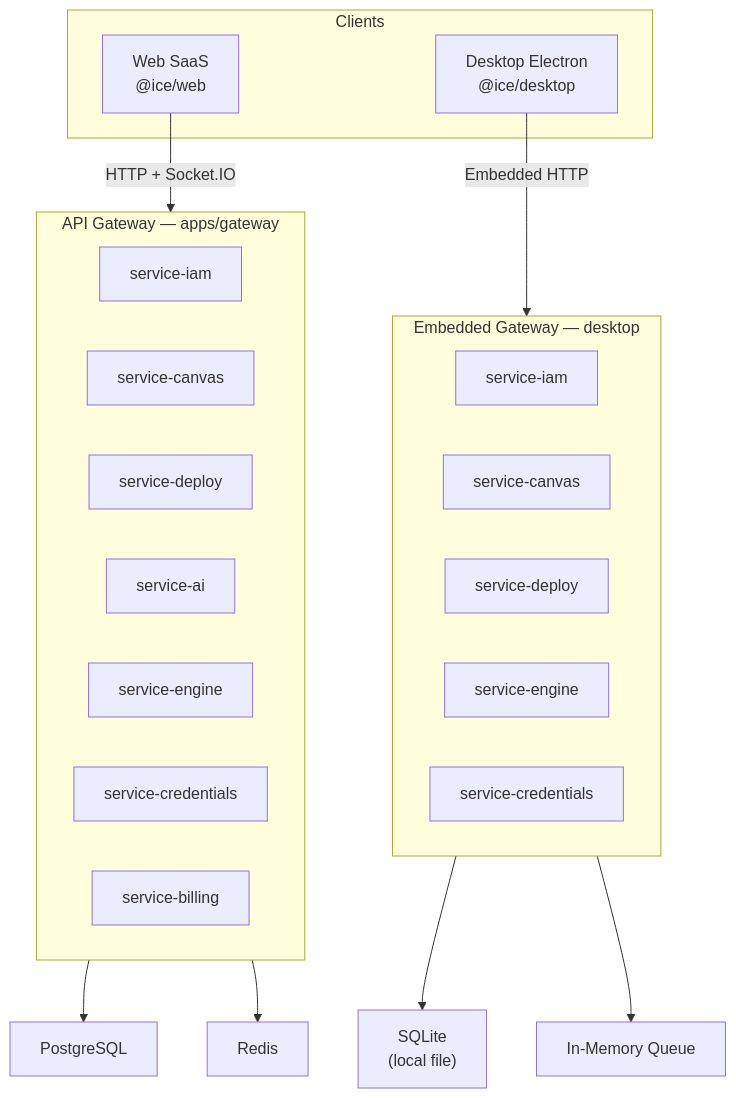
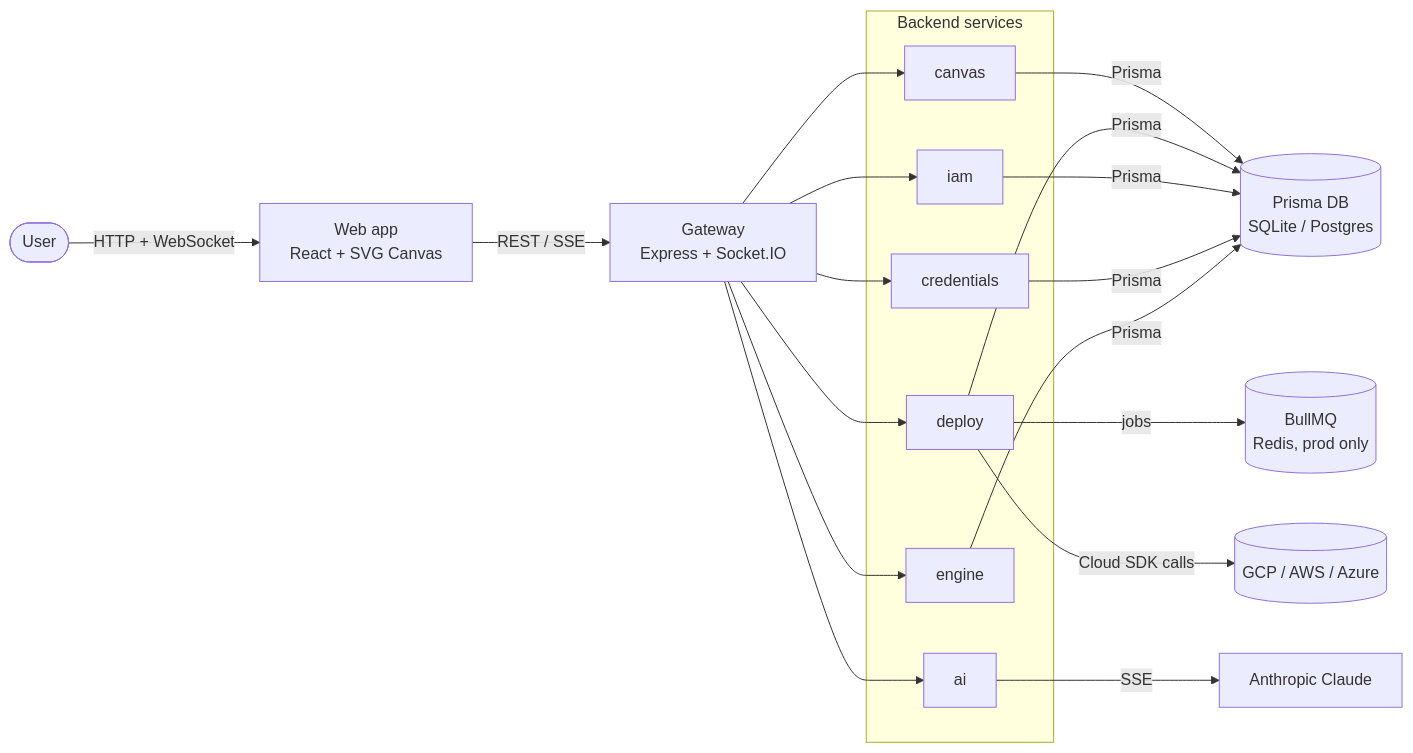
Before and after one commit to light-cloud-com/ice: the first of 3 diagrams in docs/architecture.md, drawn with Mermaid. The commit also changed other lines of this file and 2153 other files, not shown here.

````diff
--- a/docs/architecture.md
+++ b/docs/architecture.md
@@ -7,33 +7,31 @@
 ```mermaid
-graph TD
-    subgraph Clients
-        Web["Web SaaS<br/>@ice/web"]
-        Desktop["Desktop Electron<br/>@ice/desktop"]
+flowchart LR
+    user([User])
+    web[Web app<br/>React + SVG Canvas]
+    gw[Gateway<br/>Express + Socket.IO]
+    subgraph svc [Backend services]
+        canvas[canvas]
+        deploy[deploy]
+        ai[ai]
+        iam[iam]
+        creds[credentials]
+        engine[engine]
     end
+    db[(Prisma DB<br/>SQLite / Postgres)]
+    queue[(BullMQ<br/>Redis, prod only)]
+    cloud[(GCP / AWS / Azure)]
+    claude[Anthropic Claude]
 
-    Web -->|"HTTP + Socket.IO"| Gateway
-    Desktop -->|"Embedded HTTP"| Gateway2["Embedded Gateway<br/>(same code)"]
-
-    subgraph Gateway["API Gateway — apps/gateway"]
-        IAM[service-iam]
-        Canvas[service-canvas]
-        Deploy[service-deploy]
-        AI[service-ai]
-        Engine[service-engine]
-        Creds[service-credentials]
-        Billing[service-billing]
-    end
-
-    subgraph Gateway2["Embedded Gateway — desktop"]
-        IAM2[service-iam]
-        Canvas2[service-canvas]
-        Deploy2[service-deploy]
-        Engine2[service-engine]
-        Creds2[service-credentials]
-    end
-
-    Gateway --> PostgreSQL["PostgreSQL"]
-    Gateway --> Redis["Redis"]
-    Gateway2 --> SQLite["SQLite<br/>(local file)"]
-    Gateway2 --> MemQueue["In-Memory Queue"]
+    user -->|HTTP + WebSocket| web
+    web -->|REST / SSE| gw
+    gw --> canvas
+    gw --> deploy
+    gw --> ai
+    gw --> iam
+    gw --> creds
+    gw --> engine
+    canvas & deploy & iam & creds & engine -->|Prisma| db
+    deploy -->|jobs| queue
+    deploy -->|Cloud SDK calls| cloud
+    ai -->|SSE| claude
 ```
````
